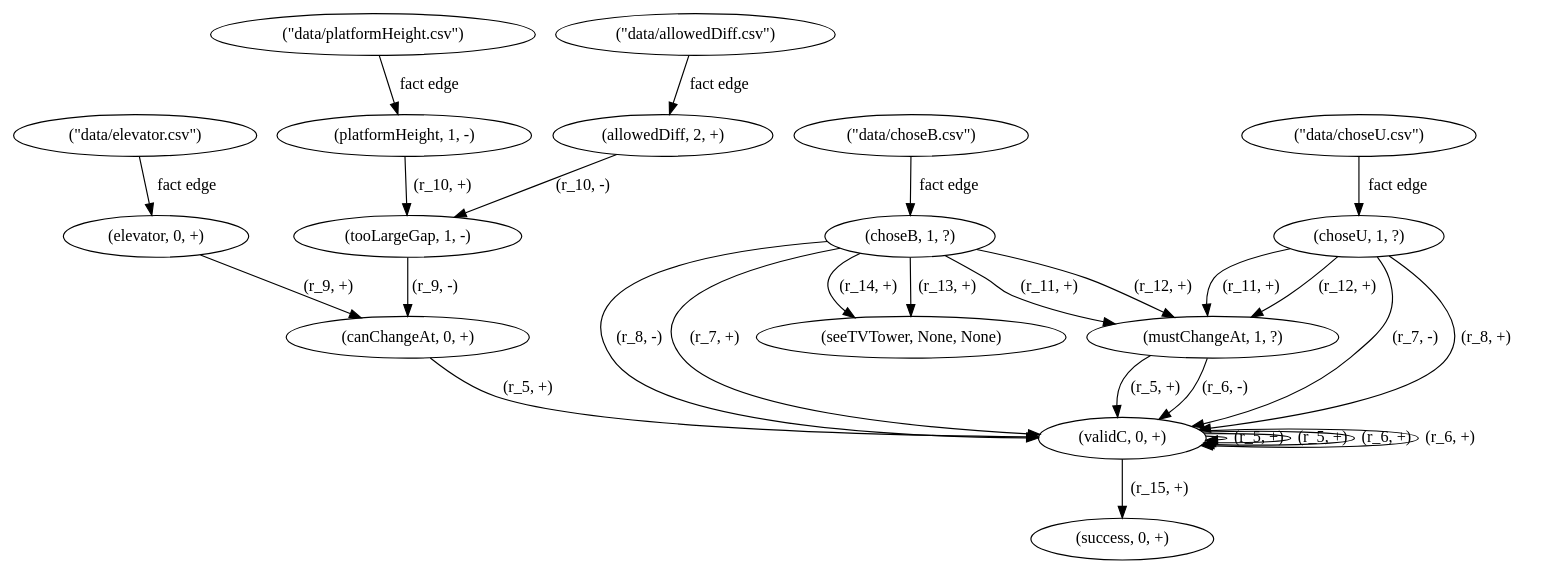
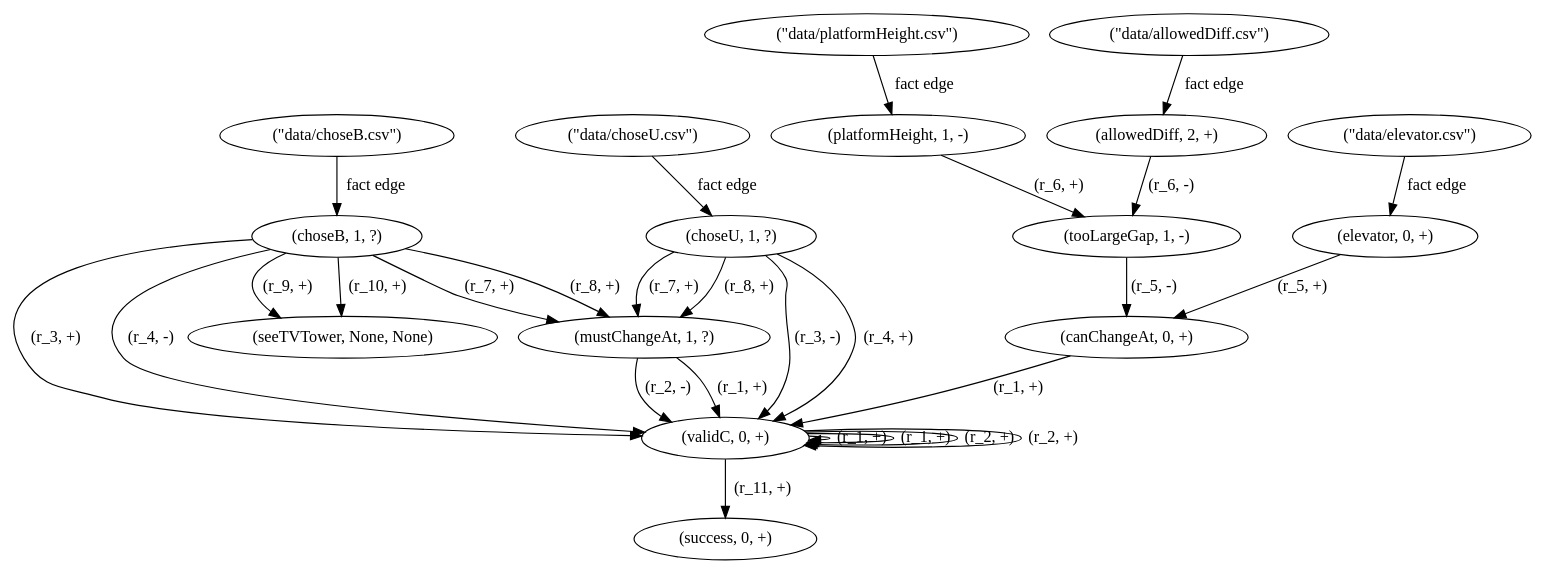
The diagram in Transformation Sequence 1/input/input_adg.dot (Leo-Aus-Berlin/nemo-metamorphic-testing), drawn with Graphviz before and after one commit. The commit also changed 10 other files, not shown here.

```diff
--- a/Transformation Sequence 1/input/input_adg.dot
+++ b/Transformation Sequence 1/input/input_adg.dot
@@ -1,45 +1,45 @@
 digraph {
-    0 [ label = "(canChangeAt, 0, +)" ]
-    1 [ label = "(allowedDiff, 2, +)" ]
-    2 [ label = "(platformHeight, 1, -)" ]
-    3 [ label = "(success, 0, +)" ]
-    4 [ label = "(elevator, 0, +)" ]
-    5 [ label = "(mustChangeAt, 1, ?)" ]
-    6 [ label = "(validC, 0, +)" ]
-    7 [ label = "(choseB, 1, ?)" ]
-    8 [ label = "(seeTVTower, None, None)" ]
-    9 [ label = "(tooLargeGap, 1, -)" ]
-    10 [ label = "(choseU, 1, ?)" ]
+    0 [ label = "(tooLargeGap, 1, -)" ]
+    1 [ label = "(mustChangeAt, 1, ?)" ]
+    2 [ label = "(success, 0, +)" ]
+    3 [ label = "(canChangeAt, 0, +)" ]
+    4 [ label = "(validC, 0, +)" ]
+    5 [ label = "(elevator, 0, +)" ]
+    6 [ label = "(choseB, 1, ?)" ]
+    7 [ label = "(platformHeight, 1, -)" ]
+    8 [ label = "(choseU, 1, ?)" ]
+    9 [ label = "(seeTVTower, None, None)" ]
+    10 [ label = "(allowedDiff, 2, +)" ]
     11 [ label = "(\"data/choseU.csv\")" ]
     12 [ label = "(\"data/choseB.csv\")" ]
     13 [ label = "(\"data/elevator.csv\")" ]
     14 [ label = "(\"data/platformHeight.csv\")" ]
     15 [ label = "(\"data/allowedDiff.csv\")" ]
-    11 -> 10 [ label = "fact edge" ]
-    12 -> 7 [ label = "fact edge" ]
-    13 -> 4 [ label = "fact edge" ]
-    14 -> 2 [ label = "fact edge" ]
-    15 -> 1 [ label = "fact edge" ]
-    6 -> 6 [ label = "(r_5, +)" ]
-    6 -> 6 [ label = "(r_5, +)" ]
-    5 -> 6 [ label = "(r_5, +)" ]
-    0 -> 6 [ label = "(r_5, +)" ]
-    6 -> 6 [ label = "(r_6, +)" ]
-    6 -> 6 [ label = "(r_6, +)" ]
-    5 -> 6 [ label = "(r_6, -)" ]
-    7 -> 6 [ label = "(r_7, +)" ]
-    10 -> 6 [ label = "(r_7, -)" ]
-    10 -> 6 [ label = "(r_8, +)" ]
-    7 -> 6 [ label = "(r_8, -)" ]
-    4 -> 0 [ label = "(r_9, +)" ]
-    9 -> 0 [ label = "(r_9, -)" ]
-    2 -> 9 [ label = "(r_10, +)" ]
-    1 -> 9 [ label = "(r_10, -)" ]
-    10 -> 5 [ label = "(r_11, +)" ]
-    7 -> 5 [ label = "(r_11, +)" ]
-    7 -> 5 [ label = "(r_12, +)" ]
-    10 -> 5 [ label = "(r_12, +)" ]
-    7 -> 8 [ label = "(r_13, +)" ]
-    7 -> 8 [ label = "(r_14, +)" ]
-    6 -> 3 [ label = "(r_15, +)" ]
+    11 -> 8 [ label = "fact edge" ]
+    12 -> 6 [ label = "fact edge" ]
+    13 -> 5 [ label = "fact edge" ]
+    14 -> 7 [ label = "fact edge" ]
+    15 -> 10 [ label = "fact edge" ]
+    4 -> 4 [ label = "(r_1, +)" ]
+    4 -> 4 [ label = "(r_1, +)" ]
+    1 -> 4 [ label = "(r_1, +)" ]
+    3 -> 4 [ label = "(r_1, +)" ]
+    4 -> 4 [ label = "(r_2, +)" ]
+    4 -> 4 [ label = "(r_2, +)" ]
+    1 -> 4 [ label = "(r_2, -)" ]
+    6 -> 4 [ label = "(r_3, +)" ]
+    8 -> 4 [ label = "(r_3, -)" ]
+    8 -> 4 [ label = "(r_4, +)" ]
+    6 -> 4 [ label = "(r_4, -)" ]
+    5 -> 3 [ label = "(r_5, +)" ]
+    0 -> 3 [ label = "(r_5, -)" ]
+    7 -> 0 [ label = "(r_6, +)" ]
+    10 -> 0 [ label = "(r_6, -)" ]
+    8 -> 1 [ label = "(r_7, +)" ]
+    6 -> 1 [ label = "(r_7, +)" ]
+    6 -> 1 [ label = "(r_8, +)" ]
+    8 -> 1 [ label = "(r_8, +)" ]
+    6 -> 9 [ label = "(r_9, +)" ]
+    6 -> 9 [ label = "(r_10, +)" ]
+    4 -> 2 [ label = "(r_11, +)" ]
 }
```
